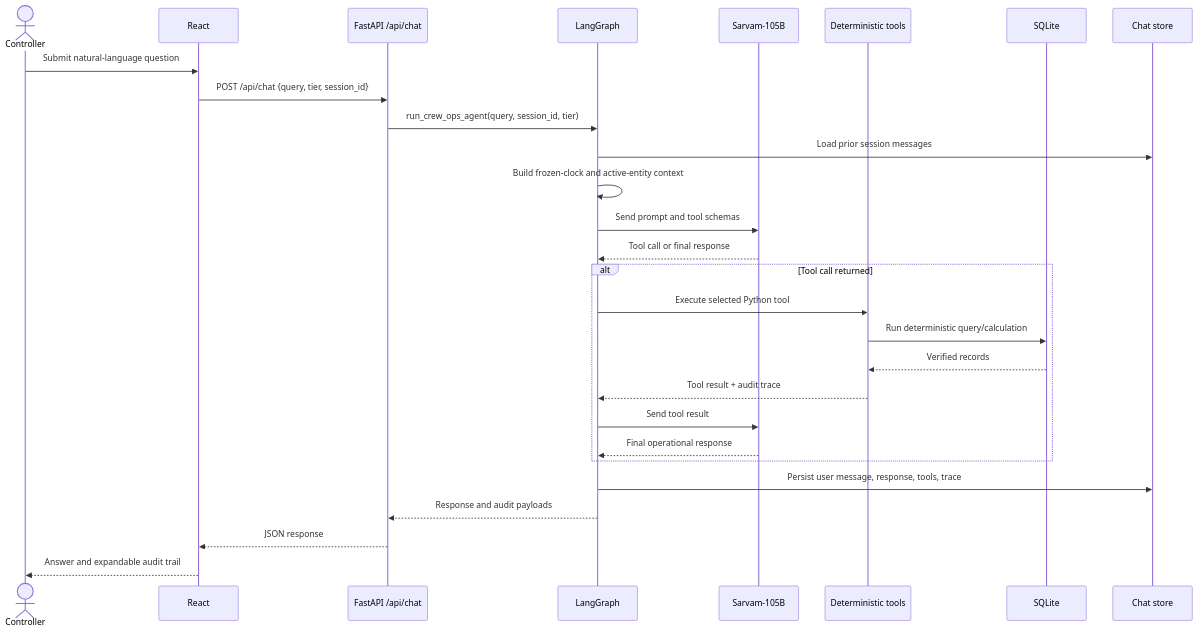
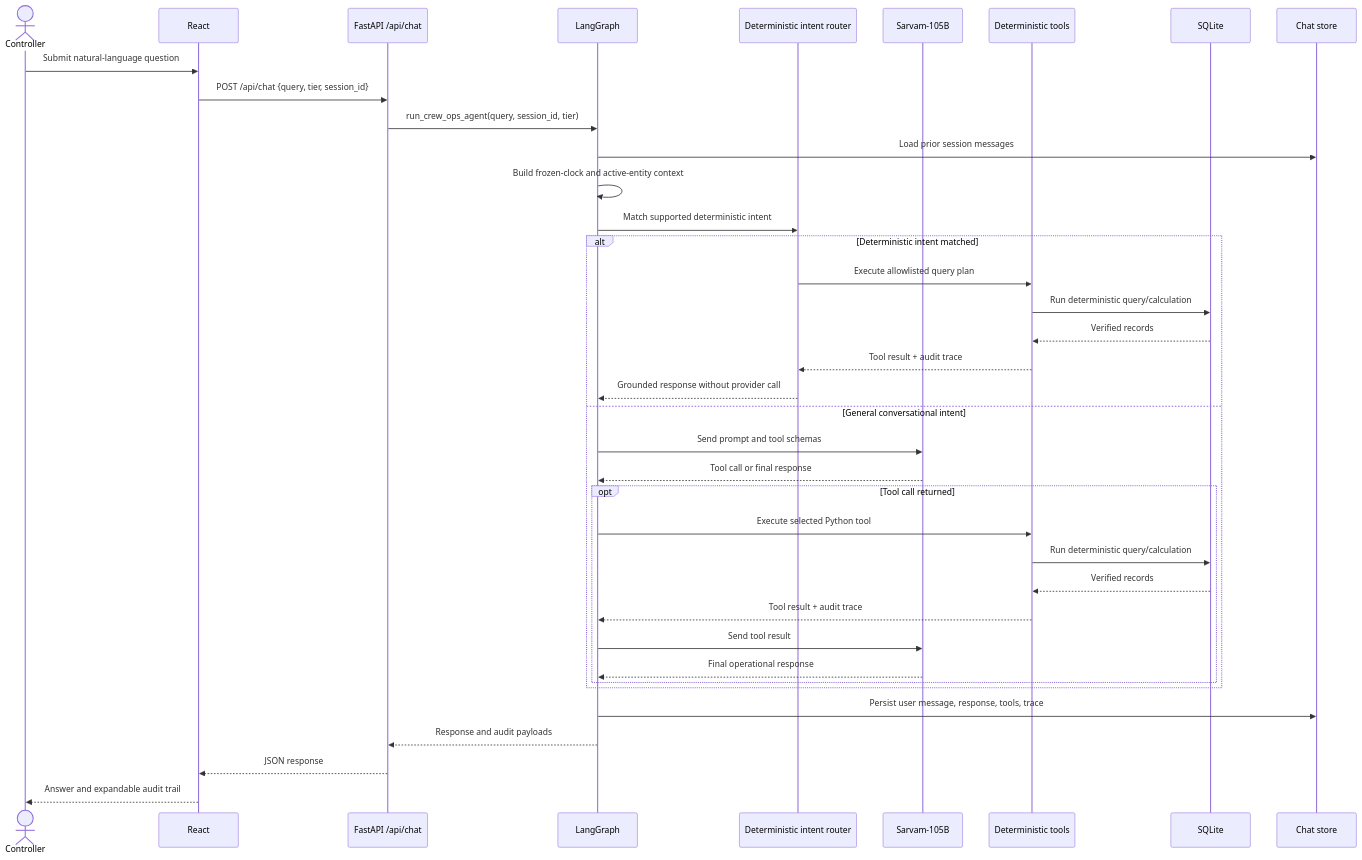
The sixth of 20 diagrams in docs/ARCHITECTURE.md (Aayush4396/bessemer-dcortex-crew-ops), drawn with Mermaid before and after one commit. The commit also changed other lines of this file and 12 other files, not shown here.

````diff
--- a/docs/ARCHITECTURE.md
+++ b/docs/ARCHITECTURE.md
@@ -259,31 +292,41 @@
 ```mermaid
 sequenceDiagram
     actor Controller
     participant React
     participant API as FastAPI /api/chat
     participant Graph as LangGraph
+    participant Router as Deterministic intent router
     participant LLM as Sarvam-105B
     participant Tools as Deterministic tools
     participant DB as SQLite
     participant Store as Chat store
 
     Controller->>React: Submit natural-language question
     React->>API: POST /api/chat {query, tier, session_id}
     API->>Graph: run_crew_ops_agent(query, session_id, tier)
     Graph->>Store: Load prior session messages
     Graph->>Graph: Build frozen-clock and active-entity context
-    Graph->>LLM: Send prompt and tool schemas
-    LLM-->>Graph: Tool call or final response
-    alt Tool call returned
-        Graph->>Tools: Execute selected Python tool
+    Graph->>Router: Match supported deterministic intent
+    alt Deterministic intent matched
+        Router->>Tools: Execute allowlisted query plan
         Tools->>DB: Run deterministic query/calculation
         DB-->>Tools: Verified records
-        Tools-->>Graph: Tool result + audit trace
-        Graph->>LLM: Send tool result
-        LLM-->>Graph: Final operational response
+        Tools-->>Router: Tool result + audit trace
+        Router-->>Graph: Grounded response without provider call
+    else General conversational intent
+        Graph->>LLM: Send prompt and tool schemas
+        LLM-->>Graph: Tool call or final response
+        opt Tool call returned
+            Graph->>Tools: Execute selected Python tool
+            Tools->>DB: Run deterministic query/calculation
+            DB-->>Tools: Verified records
+            Tools-->>Graph: Tool result + audit trace
+            Graph->>LLM: Send tool result
+            LLM-->>Graph: Final operational response
+        end
     end
     Graph->>Store: Persist user message, response, tools, trace
     Graph-->>API: Response and audit payloads
     API-->>React: JSON response
     React-->>Controller: Answer and expandable audit trail
 ```
````
